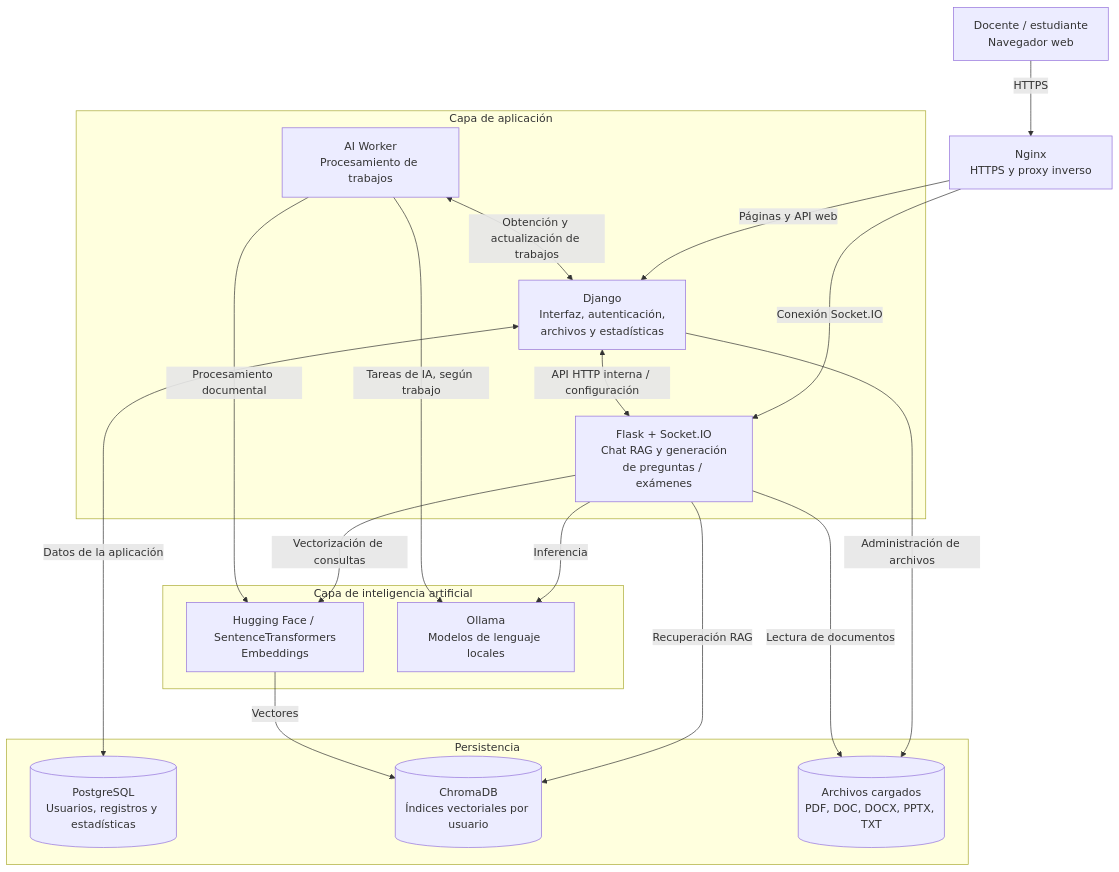
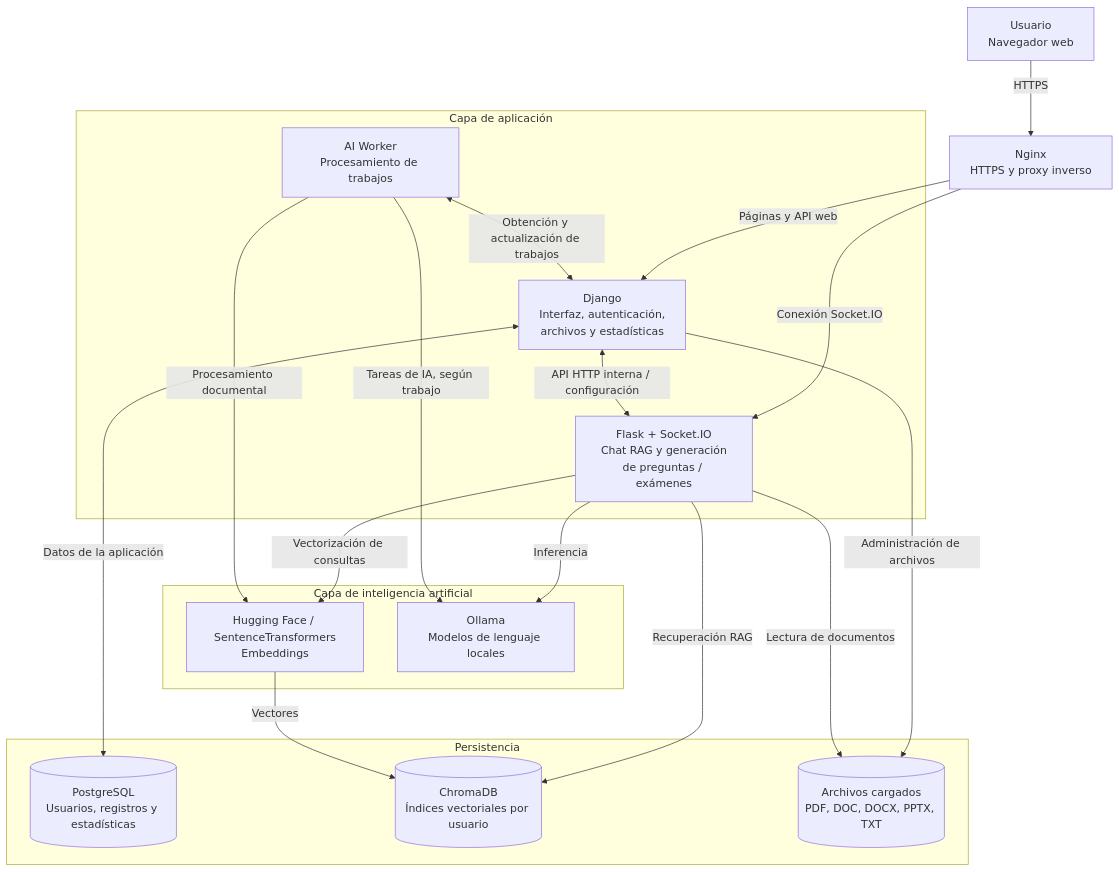
The first of 4 diagrams in docs/EDUAI_DIAGRAMAS_ARQUITECTURA.md (blor24/eduai), drawn with Mermaid before and after one commit.

````diff
--- a/docs/EDUAI_DIAGRAMAS_ARQUITECTURA.md
+++ b/docs/EDUAI_DIAGRAMAS_ARQUITECTURA.md
@@ -9,37 +9,37 @@
 ```mermaid
 flowchart TB
-    U["Docente / estudiante<br/>Navegador web"]
+    U["Usuario<br/>Navegador web"]
     N["Nginx<br/>HTTPS y proxy inverso"]
 
     subgraph APP["Capa de aplicación"]
         D["Django<br/>Interfaz, autenticación,<br/>archivos y estadísticas"]
         F["Flask + Socket.IO<br/>Chat RAG y generación<br/>de preguntas / exámenes"]
         W["AI Worker<br/>Procesamiento de trabajos"]
     end
 
     subgraph AI["Capa de inteligencia artificial"]
         E["Hugging Face / SentenceTransformers<br/>Embeddings"]
         L["Ollama<br/>Modelos de lenguaje locales"]
     end
 
     subgraph DATA["Persistencia"]
         P[("PostgreSQL<br/>Usuarios, registros y estadísticas")]
         C[("ChromaDB<br/>Índices vectoriales por usuario")]
         A[("Archivos cargados<br/>PDF, DOC, DOCX, PPTX, TXT")]
     end
 
     U -->|"HTTPS"| N
     N -->|"Páginas y API web"| D
     N -->|"Conexión Socket.IO"| F
     D <-->|"API HTTP interna / configuración"| F
     W <-->|"Obtención y actualización de trabajos"| D
     D <-->|"Datos de la aplicación"| P
     D -->|"Administración de archivos"| A
     F -->|"Lectura de documentos"| A
     F -->|"Recuperación RAG"| C
     F -->|"Vectorización de consultas"| E
     W -->|"Procesamiento documental"| E
     E -->|"Vectores"| C
     F -->|"Inferencia"| L
     W -->|"Tareas de IA, según trabajo"| L
 ```
````
